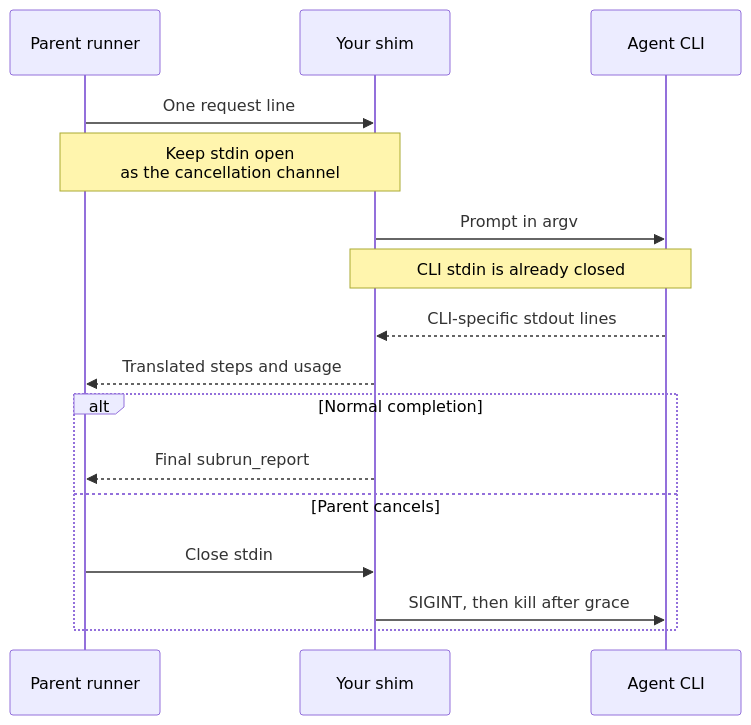
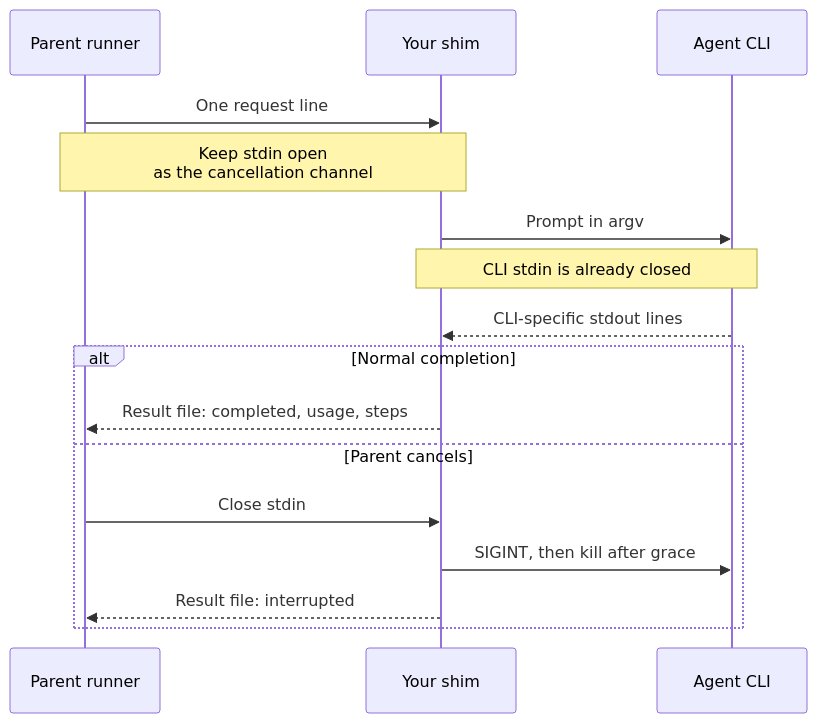
Before and after one commit to moonbitlang/workflow: the diagram in shim/README.mbt.md, drawn with Mermaid. The commit also changed other lines of this file and 17 other files, not shown here.

````diff
--- a/shim/README.mbt.md
+++ b/shim/README.mbt.md
@@ -16,18 +17,18 @@
 ```mermaid
 sequenceDiagram
   participant P as Parent runner
   participant S as Your shim
   participant C as Agent CLI
   P->>S: One request line
   Note over P,S: Keep stdin open<br/>as the cancellation channel
   S->>C: Prompt in argv
   Note over S,C: CLI stdin is already closed
   C-->>S: CLI-specific stdout lines
-  S-->>P: Translated steps and usage
   alt Normal completion
-    S-->>P: Final subrun_report
+    S-->>P: Result file: completed, usage, steps
   else Parent cancels
     P->>S: Close stdin
     S->>C: SIGINT, then kill after grace
+    S-->>P: Result file: interrupted
   end
 ```
````
